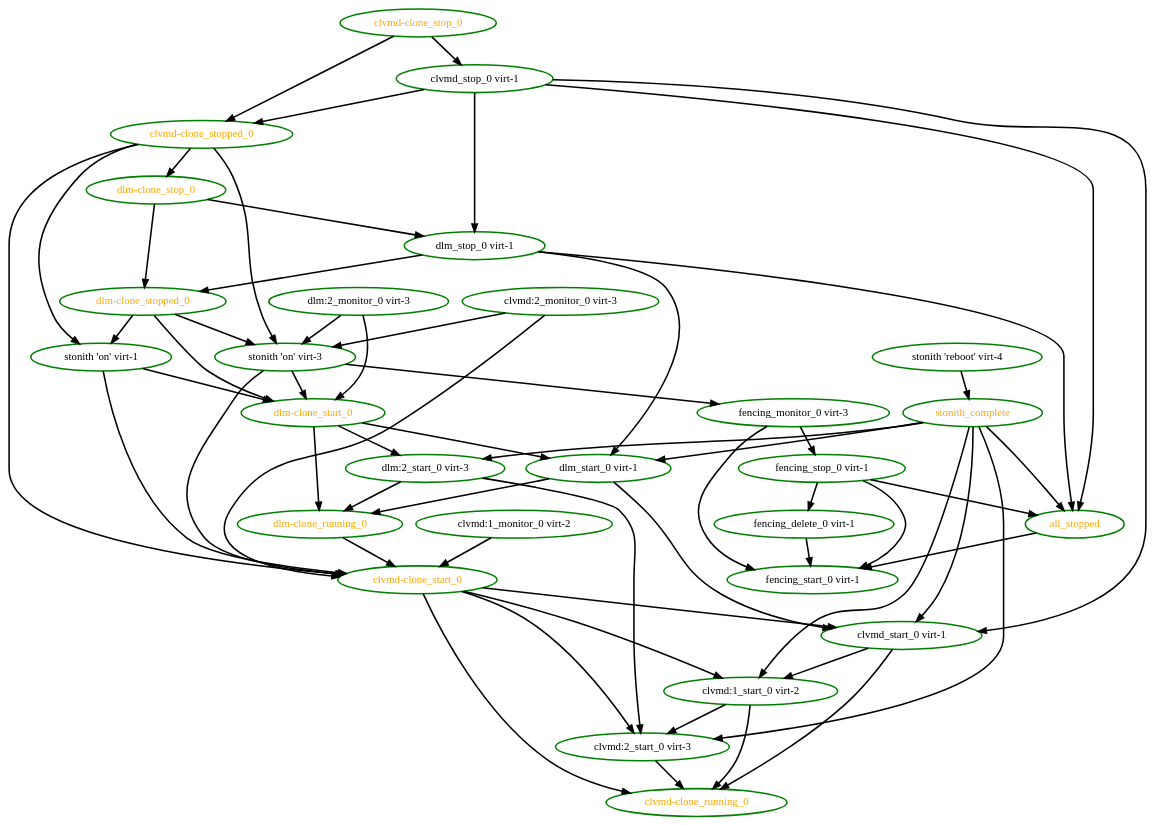
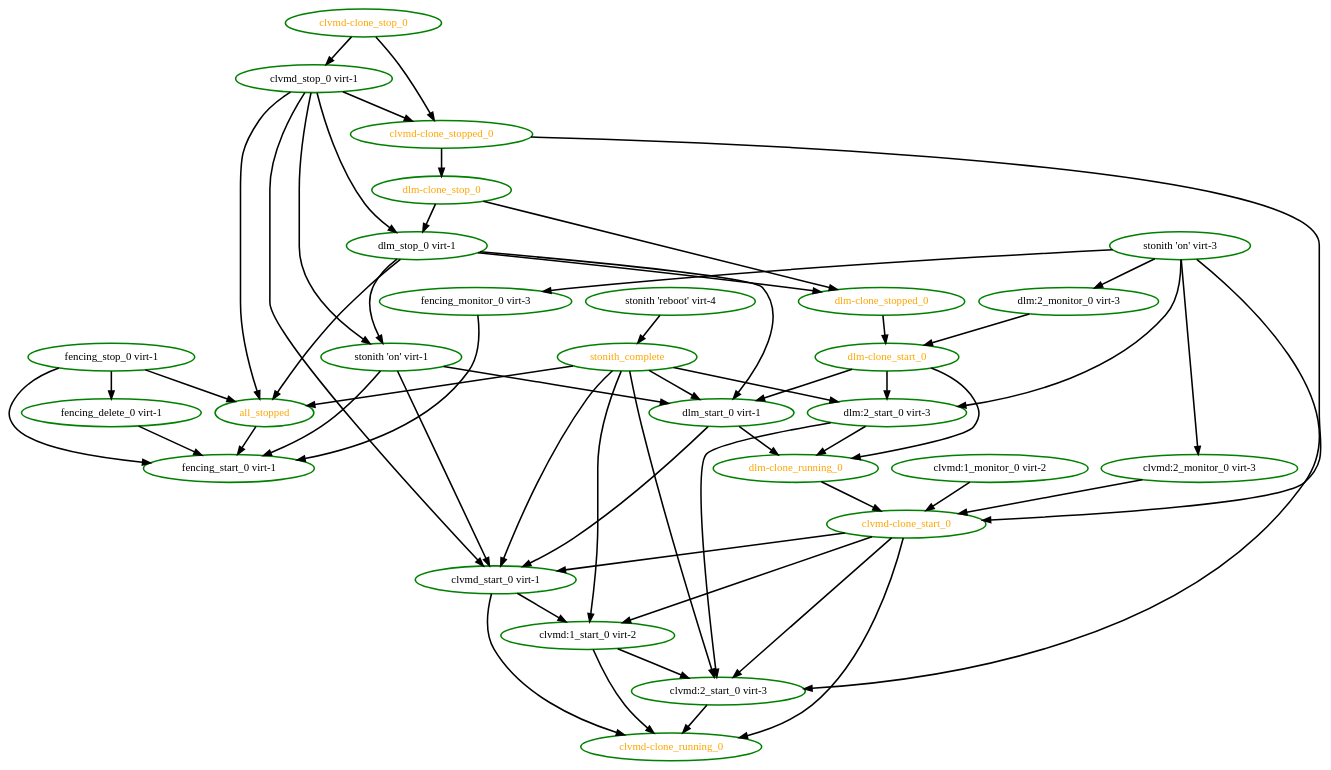
The diagram in src/pengine/test10/unfence-definition.dot (eurolinux-enterprise-linux-sources/pacemaker), drawn with Graphviz before and after one commit. The commit also changed 1973 other files, not shown here.

```diff
--- a/src/pengine/test10/unfence-definition.dot
+++ b/src/pengine/test10/unfence-definition.dot
@@ -1,88 +1,86 @@
 digraph "g" {
 "all_stopped" -> "fencing_start_0 virt-1" [ style = bold]
 "all_stopped" [ style=bold color="green" fontcolor="orange"]
 "clvmd-clone_running_0" [ style=bold color="green" fontcolor="orange"]
 "clvmd-clone_start_0" -> "clvmd-clone_running_0" [ style = bold]
 "clvmd-clone_start_0" -> "clvmd:1_start_0 virt-2" [ style = bold]
 "clvmd-clone_start_0" -> "clvmd:2_start_0 virt-3" [ style = bold]
 "clvmd-clone_start_0" -> "clvmd_start_0 virt-1" [ style = bold]
 "clvmd-clone_start_0" [ style=bold color="green" fontcolor="orange"]
 "clvmd-clone_stop_0" -> "clvmd-clone_stopped_0" [ style = bold]
 "clvmd-clone_stop_0" -> "clvmd_stop_0 virt-1" [ style = bold]
 "clvmd-clone_stop_0" [ style=bold color="green" fontcolor="orange"]
 "clvmd-clone_stopped_0" -> "clvmd-clone_start_0" [ style = bold]
 "clvmd-clone_stopped_0" -> "dlm-clone_stop_0" [ style = bold]
-"clvmd-clone_stopped_0" -> "stonith 'on' virt-1" [ style = bold]
-"clvmd-clone_stopped_0" -> "stonith 'on' virt-3" [ style = bold]
 "clvmd-clone_stopped_0" [ style=bold color="green" fontcolor="orange"]
 "clvmd:1_monitor_0 virt-2" -> "clvmd-clone_start_0" [ style = bold]
 "clvmd:1_monitor_0 virt-2" [ style=bold color="green" fontcolor="black"]
 "clvmd:1_start_0 virt-2" -> "clvmd-clone_running_0" [ style = bold]
 "clvmd:1_start_0 virt-2" -> "clvmd:2_start_0 virt-3" [ style = bold]
 "clvmd:1_start_0 virt-2" [ style=bold color="green" fontcolor="black"]
 "clvmd:2_monitor_0 virt-3" -> "clvmd-clone_start_0" [ style = bold]
-"clvmd:2_monitor_0 virt-3" -> "stonith 'on' virt-3" [ style = bold]
 "clvmd:2_monitor_0 virt-3" [ style=bold color="green" fontcolor="black"]
 "clvmd:2_start_0 virt-3" -> "clvmd-clone_running_0" [ style = bold]
 "clvmd:2_start_0 virt-3" [ style=bold color="green" fontcolor="black"]
 "clvmd_start_0 virt-1" -> "clvmd-clone_running_0" [ style = bold]
 "clvmd_start_0 virt-1" -> "clvmd:1_start_0 virt-2" [ style = bold]
 "clvmd_start_0 virt-1" [ style=bold color="green" fontcolor="black"]
 "clvmd_stop_0 virt-1" -> "all_stopped" [ style = bold]
 "clvmd_stop_0 virt-1" -> "clvmd-clone_stopped_0" [ style = bold]
 "clvmd_stop_0 virt-1" -> "clvmd_start_0 virt-1" [ style = bold]
 "clvmd_stop_0 virt-1" -> "dlm_stop_0 virt-1" [ style = bold]
+"clvmd_stop_0 virt-1" -> "stonith 'on' virt-1" [ style = bold]
 "clvmd_stop_0 virt-1" [ style=bold color="green" fontcolor="black"]
 "dlm-clone_running_0" -> "clvmd-clone_start_0" [ style = bold]
 "dlm-clone_running_0" [ style=bold color="green" fontcolor="orange"]
 "dlm-clone_start_0" -> "dlm-clone_running_0" [ style = bold]
 "dlm-clone_start_0" -> "dlm:2_start_0 virt-3" [ style = bold]
 "dlm-clone_start_0" -> "dlm_start_0 virt-1" [ style = bold]
 "dlm-clone_start_0" [ style=bold color="green" fontcolor="orange"]
 "dlm-clone_stop_0" -> "dlm-clone_stopped_0" [ style = bold]
 "dlm-clone_stop_0" -> "dlm_stop_0 virt-1" [ style = bold]
 "dlm-clone_stop_0" [ style=bold color="green" fontcolor="orange"]
 "dlm-clone_stopped_0" -> "dlm-clone_start_0" [ style = bold]
-"dlm-clone_stopped_0" -> "stonith 'on' virt-1" [ style = bold]
-"dlm-clone_stopped_0" -> "stonith 'on' virt-3" [ style = bold]
 "dlm-clone_stopped_0" [ style=bold color="green" fontcolor="orange"]
 "dlm:2_monitor_0 virt-3" -> "dlm-clone_start_0" [ style = bold]
-"dlm:2_monitor_0 virt-3" -> "stonith 'on' virt-3" [ style = bold]
 "dlm:2_monitor_0 virt-3" [ style=bold color="green" fontcolor="black"]
 "dlm:2_start_0 virt-3" -> "clvmd:2_start_0 virt-3" [ style = bold]
 "dlm:2_start_0 virt-3" -> "dlm-clone_running_0" [ style = bold]
 "dlm:2_start_0 virt-3" [ style=bold color="green" fontcolor="black"]
 "dlm_start_0 virt-1" -> "clvmd_start_0 virt-1" [ style = bold]
 "dlm_start_0 virt-1" -> "dlm-clone_running_0" [ style = bold]
 "dlm_start_0 virt-1" [ style=bold color="green" fontcolor="black"]
 "dlm_stop_0 virt-1" -> "all_stopped" [ style = bold]
 "dlm_stop_0 virt-1" -> "dlm-clone_stopped_0" [ style = bold]
 "dlm_stop_0 virt-1" -> "dlm_start_0 virt-1" [ style = bold]
+"dlm_stop_0 virt-1" -> "stonith 'on' virt-1" [ style = bold]
 "dlm_stop_0 virt-1" [ style=bold color="green" fontcolor="black"]
 "fencing_delete_0 virt-1" -> "fencing_start_0 virt-1" [ style = bold]
 "fencing_delete_0 virt-1" [ style=bold color="green" fontcolor="black"]
 "fencing_monitor_0 virt-3" -> "fencing_start_0 virt-1" [ style = bold]
-"fencing_monitor_0 virt-3" -> "fencing_stop_0 virt-1" [ style = bold]
 "fencing_monitor_0 virt-3" [ style=bold color="green" fontcolor="black"]
 "fencing_start_0 virt-1" [ style=bold color="green" fontcolor="black"]
 "fencing_stop_0 virt-1" -> "all_stopped" [ style = bold]
 "fencing_stop_0 virt-1" -> "fencing_delete_0 virt-1" [ style = bold]
 "fencing_stop_0 virt-1" -> "fencing_start_0 virt-1" [ style = bold]
 "fencing_stop_0 virt-1" [ style=bold color="green" fontcolor="black"]
-"stonith 'on' virt-1" -> "clvmd-clone_start_0" [ style = bold]
-"stonith 'on' virt-1" -> "dlm-clone_start_0" [ style = bold]
+"stonith 'on' virt-1" -> "clvmd_start_0 virt-1" [ style = bold]
+"stonith 'on' virt-1" -> "dlm_start_0 virt-1" [ style = bold]
+"stonith 'on' virt-1" -> "fencing_start_0 virt-1" [ style = bold]
 "stonith 'on' virt-1" [ style=bold color="green" fontcolor="black"]
-"stonith 'on' virt-3" -> "clvmd-clone_start_0" [ style = bold]
-"stonith 'on' virt-3" -> "dlm-clone_start_0" [ style = bold]
+"stonith 'on' virt-3" -> "clvmd:2_monitor_0 virt-3" [ style = bold]
+"stonith 'on' virt-3" -> "clvmd:2_start_0 virt-3" [ style = bold]
+"stonith 'on' virt-3" -> "dlm:2_monitor_0 virt-3" [ style = bold]
+"stonith 'on' virt-3" -> "dlm:2_start_0 virt-3" [ style = bold]
 "stonith 'on' virt-3" -> "fencing_monitor_0 virt-3" [ style = bold]
 "stonith 'on' virt-3" [ style=bold color="green" fontcolor="black"]
 "stonith 'reboot' virt-4" -> "stonith_complete" [ style = bold]
 "stonith 'reboot' virt-4" [ style=bold color="green" fontcolor="black"]
 "stonith_complete" -> "all_stopped" [ style = bold]
 "stonith_complete" -> "clvmd:1_start_0 virt-2" [ style = bold]
 "stonith_complete" -> "clvmd:2_start_0 virt-3" [ style = bold]
 "stonith_complete" -> "clvmd_start_0 virt-1" [ style = bold]
 "stonith_complete" -> "dlm:2_start_0 virt-3" [ style = bold]
 "stonith_complete" -> "dlm_start_0 virt-1" [ style = bold]
 "stonith_complete" [ style=bold color="green" fontcolor="orange"]
 }
```
